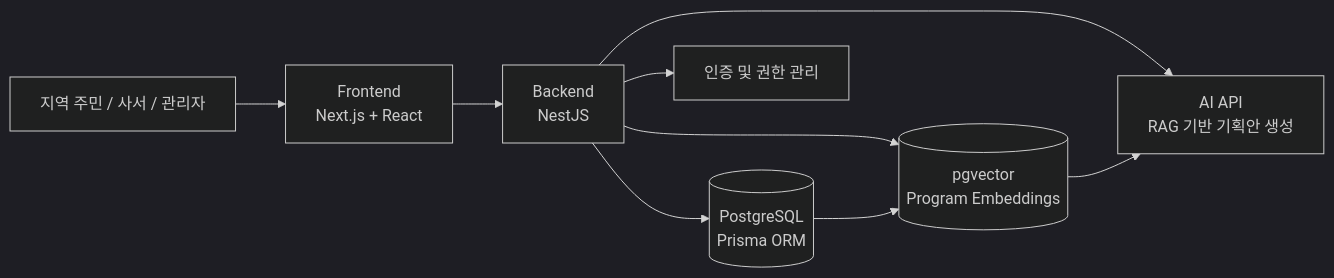
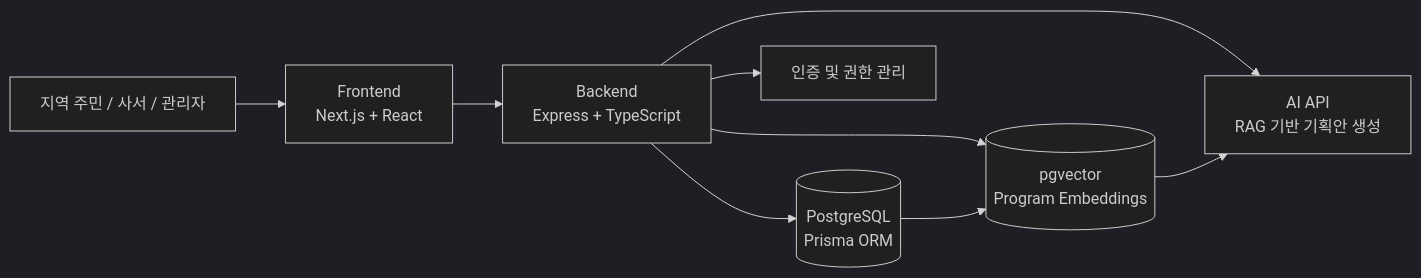
One commit to PNU-2026-AI-Hackathon/pnuai-a-02-potg changed the first of 2 diagrams in README.md. Above: the diagram before and after it, drawn with Mermaid (dark theme). The commit also changed other lines of this file, not shown here.

````diff
--- a/README.md
+++ b/README.md
@@ -145,12 +145,12 @@
 ```mermaid
 flowchart LR
     User[지역 주민 / 사서 / 관리자] --> Frontend[Frontend<br/>Next.js + React]
-    Frontend --> Backend[Backend<br/>NestJS]
+    Frontend --> Backend[Backend<br/>Express + TypeScript]
     Backend --> DB[(PostgreSQL<br/>Prisma ORM)]
     Backend --> VectorDB[(pgvector<br/>Program Embeddings)]
     Backend --> AI[AI API<br/>RAG 기반 기획안 생성]
     Backend --> Auth[인증 및 권한 관리]
 
     DB --> VectorDB
     VectorDB --> AI
 ```
````
